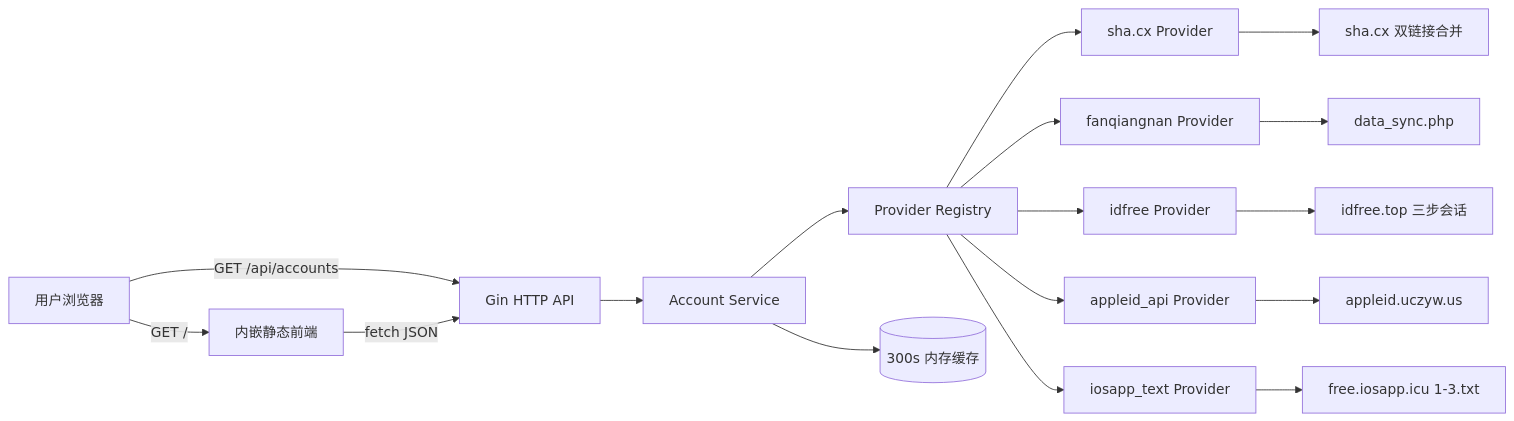
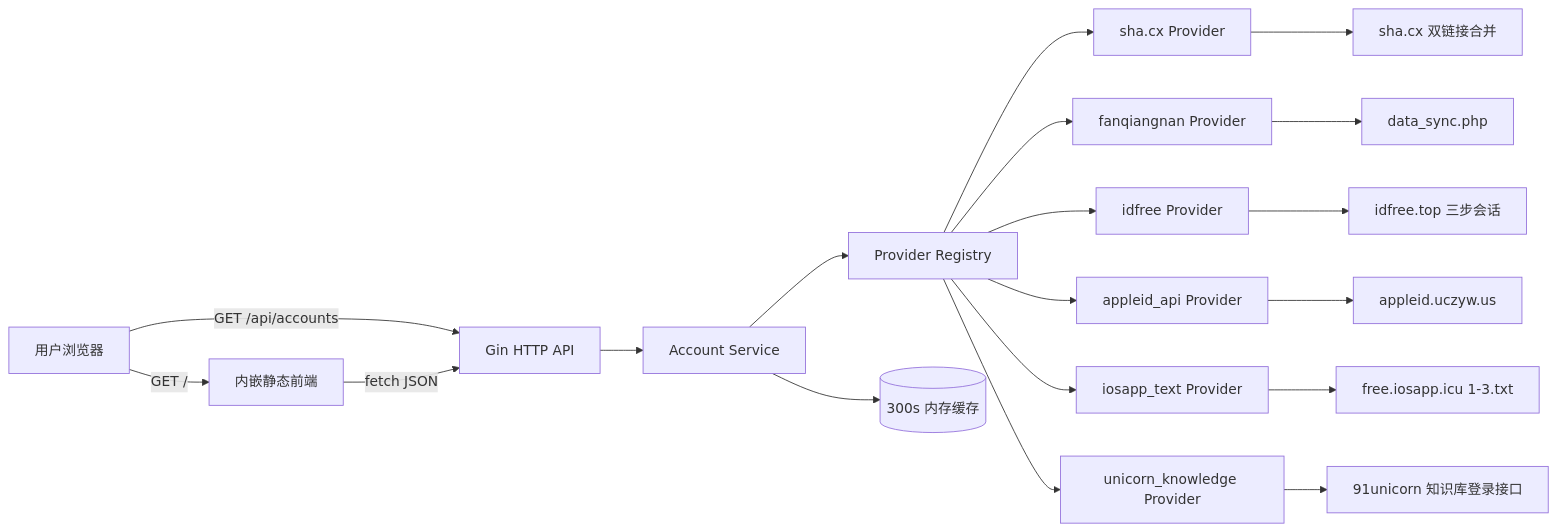
Before and after one commit to Q1YZn/appleshare-hub: the diagram in docs/ARCHITECTURE.md, drawn with Mermaid. The commit also changed other lines of this file and 33 other files, not shown here.

Commit message:
feat: add unicorn knowledge provider and shadowrocket filter

````diff
--- a/docs/ARCHITECTURE.md
+++ b/docs/ARCHITECTURE.md
@@ -13,19 +13,21 @@
 ```mermaid
 flowchart LR
     User[用户浏览器] -->|GET /| Web[内嵌静态前端]
     User -->|GET /api/accounts| Gin[Gin HTTP API]
     Web -->|fetch JSON| Gin
     Gin --> Service[Account Service]
     Service --> Registry[Provider Registry]
     Registry --> P1[sha.cx Provider]
     Registry --> P3[fanqiangnan Provider]
     Registry --> P4[idfree Provider]
     Registry --> P5[appleid_api Provider]
     Registry --> P6[iosapp_text Provider]
+    Registry --> P7[unicorn_knowledge Provider]
     P1 --> S1[sha.cx 双链接合并]
     P3 --> S3[data_sync.php]
     P4 --> S4[idfree.top 三步会话]
     P5 --> S5[appleid.uczyw.us]
     P6 --> S6[free.iosapp.icu 1-3.txt]
+    P7 --> S7[91unicorn 知识库登录接口]
     Service --> Cache[(300s 内存缓存)]
 ```
````
